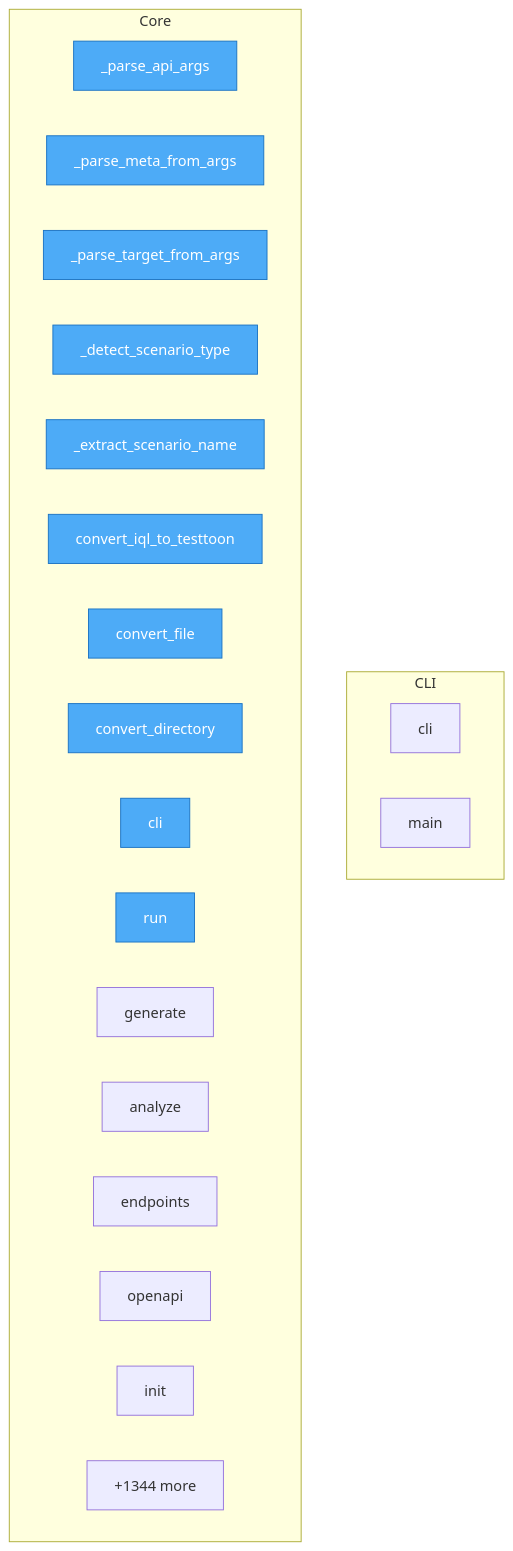
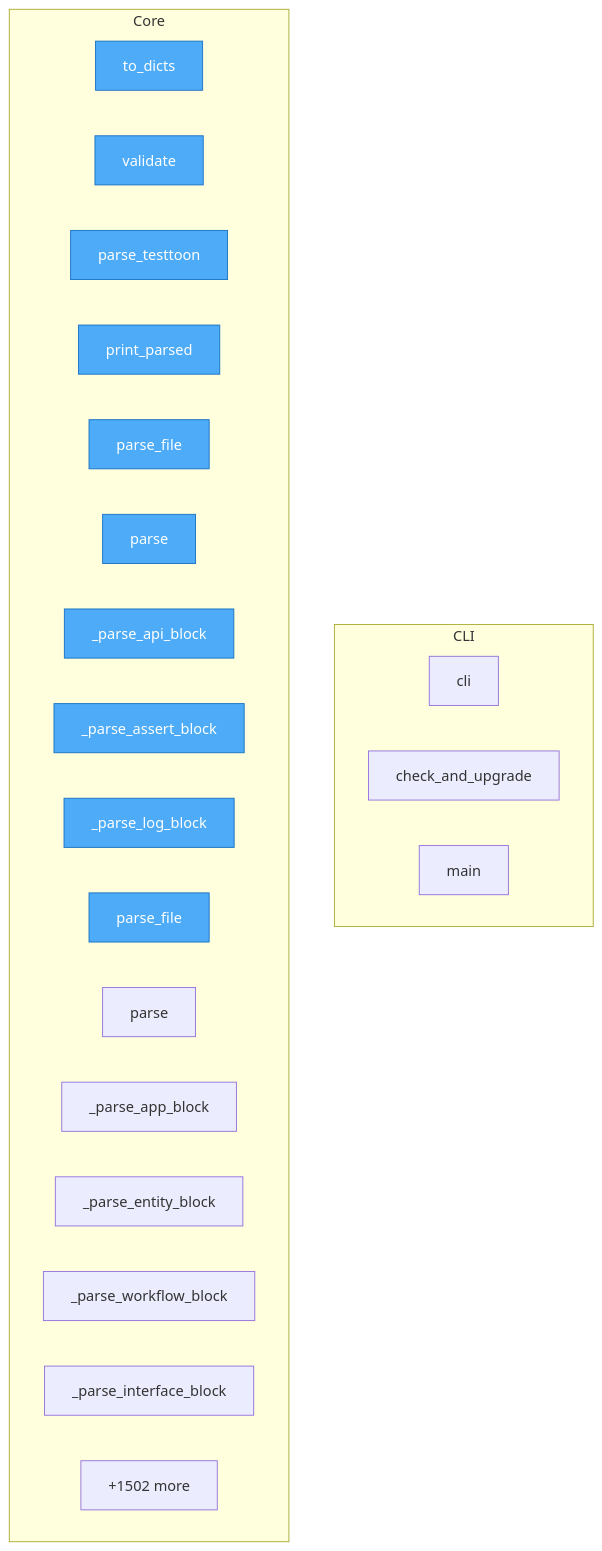
The diagram in project/flow.mmd (oqlos/testql), drawn with Mermaid before and after one commit. The commit also changed 134 other files, not shown here.

```diff
--- a/project/flow.mmd
+++ b/project/flow.mmd
@@ -1,30 +1,31 @@
 flowchart TD
 
     %% Entry points (blue)
     classDef entry fill:#4dabf7,stroke:#1971c2,color:#fff
 
     subgraph CLI
         testql__cli__cli["cli"]
+        testql__cli__check_and_upgrade["check_and_upgrade"]
         testql__cli__main["main"]
     end
 
     subgraph Core
-        code2llm_output__map__toon___parse_api_args["_parse_api_args"]
-        code2llm_output__map__toon___parse_meta_from_args["_parse_meta_from_args"]
-        code2llm_output__map__toon___parse_target_from_args["_parse_target_from_args"]
-        code2llm_output__map__toon___detect_scenario_type["_detect_scenario_type"]
-        code2llm_output__map__toon___extract_scenario_name["_extract_scenario_name"]
-        code2llm_output__map__toon__convert_iql_to_testtoon["convert_iql_to_testtoon"]
-        code2llm_output__map__toon__convert_file["convert_file"]
-        code2llm_output__map__toon__convert_directory["convert_directory"]
-        code2llm_output__map__toon__cli["cli"]
-        code2llm_output__map__toon__run["run"]
-        code2llm_output__map__toon__generate["generate"]
-        code2llm_output__map__toon__analyze["analyze"]
-        code2llm_output__map__toon__endpoints["endpoints"]
-        code2llm_output__map__toon__openapi["openapi"]
-        code2llm_output__map__toon__init["init"]
-        ...["+1344 more"]
+        TODO__testtoon_parser__Section__to_dicts["to_dicts"]
+        TODO__testtoon_parser__Section__validate["validate"]
+        TODO__testtoon_parser__parse_testtoon["parse_testtoon"]
+        TODO__testtoon_parser__print_parsed["print_parsed"]
+        testql__toon_parser__ToonParser__parse_file["parse_file"]
+        testql__toon_parser__ToonParser__parse["parse"]
+        testql__toon_parser__ToonParser___parse_api_block["_parse_api_block"]
+        testql__toon_parser__ToonParser___parse_assert_block["_parse_assert_block"]
+        testql__toon_parser__ToonParser___parse_log_block["_parse_log_block"]
+        testql__doql_parser__DoqlParser__parse_file["parse_file"]
+        testql__doql_parser__DoqlParser__parse["parse"]
+        testql__doql_parser__DoqlParser___parse_app_block["_parse_app_block"]
+        testql__doql_parser__DoqlParser___parse_entity_block["_parse_entity_block"]
+        testql__doql_parser__DoqlParser___parse_workflow_block["_parse_workflow_block"]
+        testql__doql_parser__DoqlParser___parse_interface_block["_parse_interface_block"]
+        ...["+1502 more"]
     end
 
-    class code2llm_output__map__toon___parse_api_args,code2llm_output__map__toon___parse_meta_from_args,code2llm_output__map__toon___parse_target_from_args,code2llm_output__map__toon___detect_scenario_type,code2llm_output__map__toon___extract_scenario_name,code2llm_output__map__toon__convert_iql_to_testtoon,code2llm_output__map__toon__convert_file,code2llm_output__map__toon__convert_directory,code2llm_output__map__toon__cli,code2llm_output__map__toon__run entry
+    class TODO__testtoon_parser__Section__to_dicts,TODO__testtoon_parser__Section__validate,TODO__testtoon_parser__parse_testtoon,TODO__testtoon_parser__print_parsed,testql__toon_parser__ToonParser__parse_file,testql__toon_parser__ToonParser__parse,testql__toon_parser__ToonParser___parse_api_block,testql__toon_parser__ToonParser___parse_assert_block,testql__toon_parser__ToonParser___parse_log_block,testql__doql_parser__DoqlParser__parse_file entry
```
